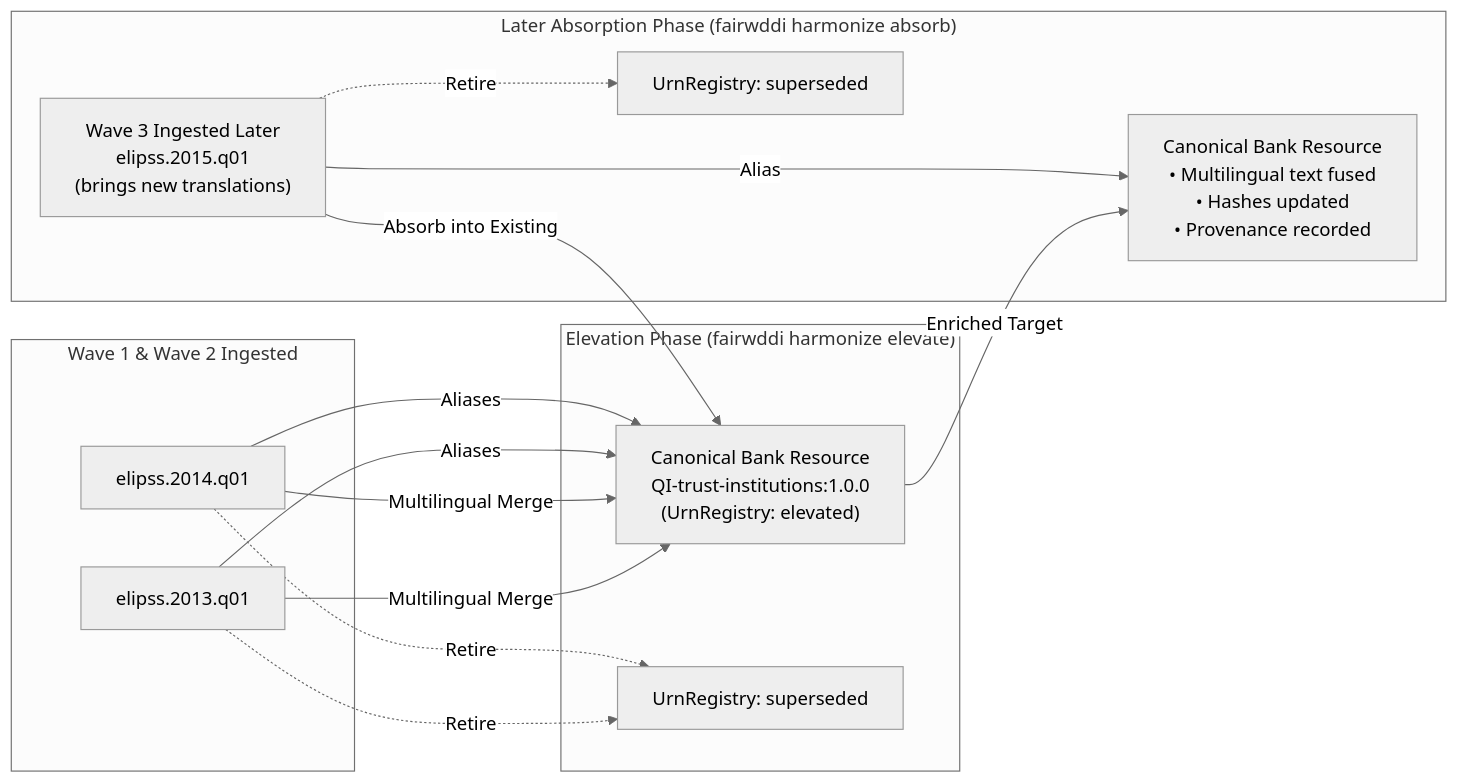
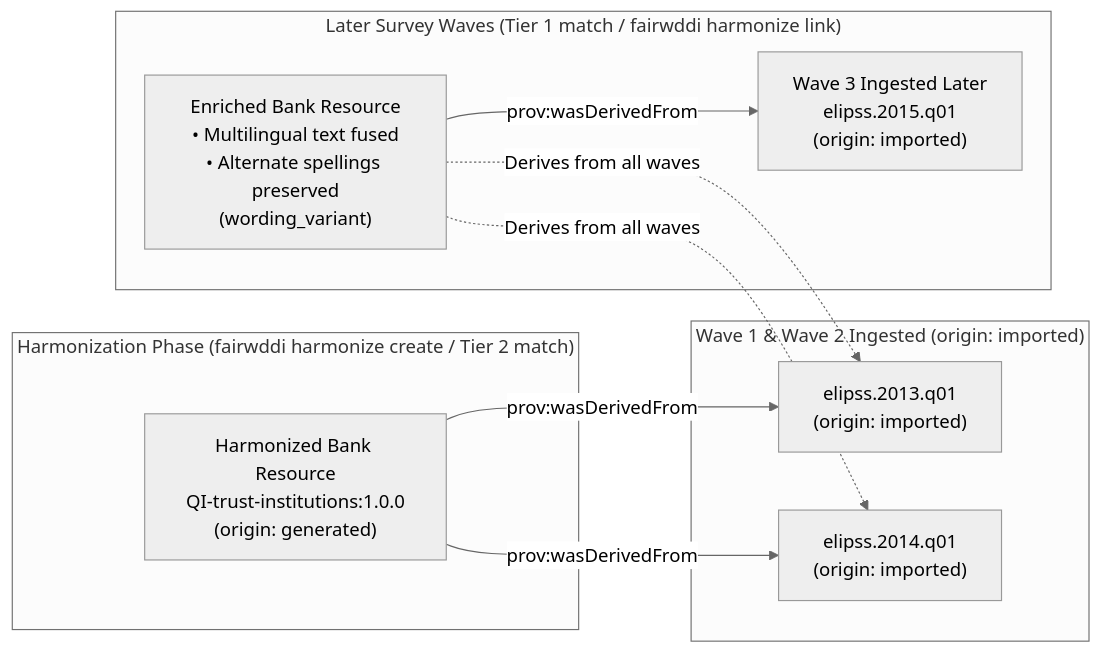
Before and after one commit to PlgaH/fairwddi-wp3-3: the fifth of 5 diagrams in deliverables/research/ingestion_workflows.md, drawn with Mermaid (neutral theme). The commit also changed other lines of this file and 14 other files, not shown here.

Commit message:
refactor: remove database seeding command and update harmonization terminology to generation and linking

````diff
--- a/deliverables/research/ingestion_workflows.md
+++ b/deliverables/research/ingestion_workflows.md
@@ -582,20 +582,20 @@
 ```mermaid
 flowchart LR
-    subgraph Wave12 ["Wave 1 & Wave 2 Ingested"]
-        W1["elipss.2013.q01"]
-        W2["elipss.2014.q01"]
+    subgraph Wave12 ["Wave 1 & Wave 2 Ingested (origin: imported)"]
+        W1["elipss.2013.q01\n(origin: imported)"]
+        W2["elipss.2014.q01\n(origin: imported)"]
     end
 
-    subgraph Elevation ["Elevation Phase (fairwddi harmonize elevate)"]
-        W1 & W2 -->|Multilingual Merge| BankQI["Canonical Bank Resource\nQI-trust-institutions:1.0.0\n(UrnRegistry: elevated)"]
-        W1 & W2 -->|Aliases| BankQI
-        W1 & W2 -.->|Retire| Sup1["UrnRegistry: superseded"]
+    subgraph Generation ["Harmonization Phase (fairwddi harmonize create / Tier 2 match)"]
+        BankQI["Harmonized Bank Resource\nQI-trust-institutions:1.0.0\n(origin: generated)"]
+        BankQI -->|prov:wasDerivedFrom| W1
+        BankQI -->|prov:wasDerivedFrom| W2
     end
 
-    subgraph Absorption ["Later Absorption Phase (fairwddi harmonize absorb)"]
-        W3["Wave 3 Ingested Later\nelipss.2015.q01\n(brings new translations)"] -->|Absorb into Existing| BankQI
-        BankQI -->|Enriched Target| BankQI2["Canonical Bank Resource\n• Multilingual text fused\n• Hashes updated\n• Provenance recorded"]
-        W3 -->|Alias| BankQI2
-        W3 -.->|Retire| Sup2["UrnRegistry: superseded"]
+    subgraph Linkage ["Later Survey Waves (Tier 1 match / fairwddi harmonize link)"]
+        W3["Wave 3 Ingested Later\nelipss.2015.q01\n(origin: imported)"]
+        BankQI2["Enriched Bank Resource\n• Multilingual text fused\n• Alternate spellings preserved\n(wording_variant)"]
+        BankQI2 -->|prov:wasDerivedFrom| W3
+        BankQI2 -.->|Derives from all waves| W1 & W2
     end
 ```
````
